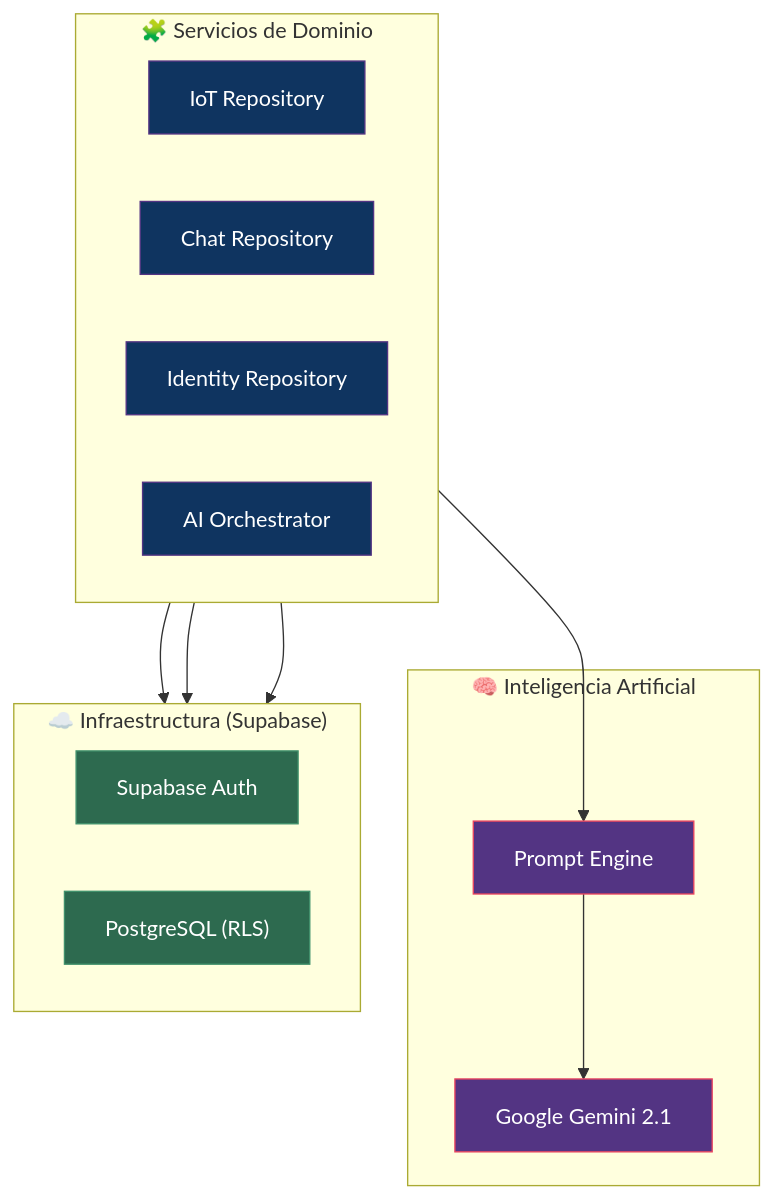
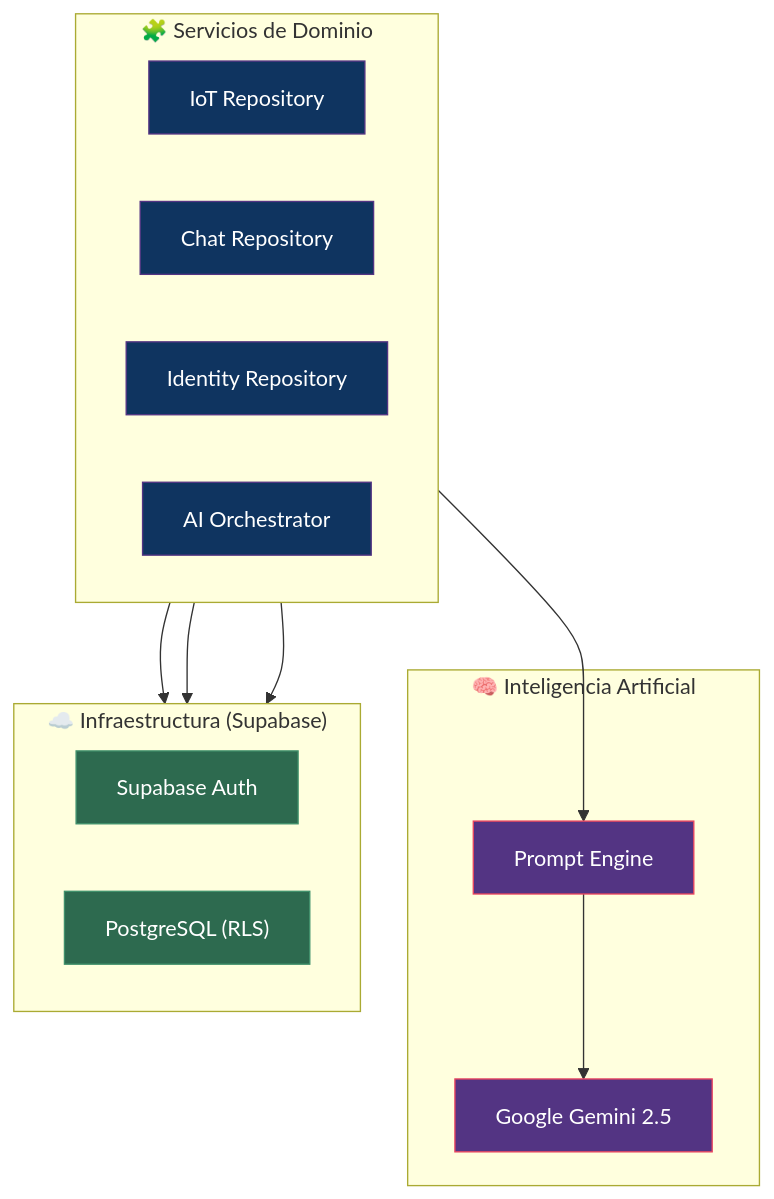
Before and after one commit to LNieto-V/agronexus_ai: the third of 3 diagrams in README.md, drawn with Mermaid. The commit also changed other lines of this file, not shown here.

First line of the commit message:
docs: actualizar README con reportes Markdown, rotación de keys y Gemini 2.5

````diff
--- a/README.md
+++ b/README.md
@@ -115,32 +115,32 @@
 ```mermaid
 graph TB
     subgraph Domains["🧩 Servicios de Dominio"]
         direction LR
         IOT_REPO["IoT Repository"]
         CHAT_REPO["Chat Repository"]
         ID_REPO["Identity Repository"]
         ORCH["AI Orchestrator"]
     end
 
     subgraph Core["🧠 Inteligencia Artificial"]
-        GEMINI["Google Gemini 2.1"]
+        GEMINI["Google Gemini 2.5"]
         PROMPTS["Prompt Engine"]
     end
 
     subgraph Infra["☁️ Infraestructura (Supabase)"]
         direction LR
         SB_AUTH["Supabase Auth"]
         SB_DB["PostgreSQL (RLS)"]
     end
 
     ORCH --> PROMPTS --> GEMINI
     IOT_REPO & CHAT_REPO & ID_REPO --> SB_DB
     
     classDef domain fill:#0f3460,stroke:#533483,color:#fff
     classDef core fill:#533483,stroke:#e94560,color:#fff
     classDef infra fill:#2d6a4f,stroke:#40916c,color:#fff
 
     class IOT_REPO,CHAT_REPO,ID_REPO,ORCH domain
     class GEMINI,PROMPTS core
     class SB_AUTH,SB_DB infra
 ```
````
